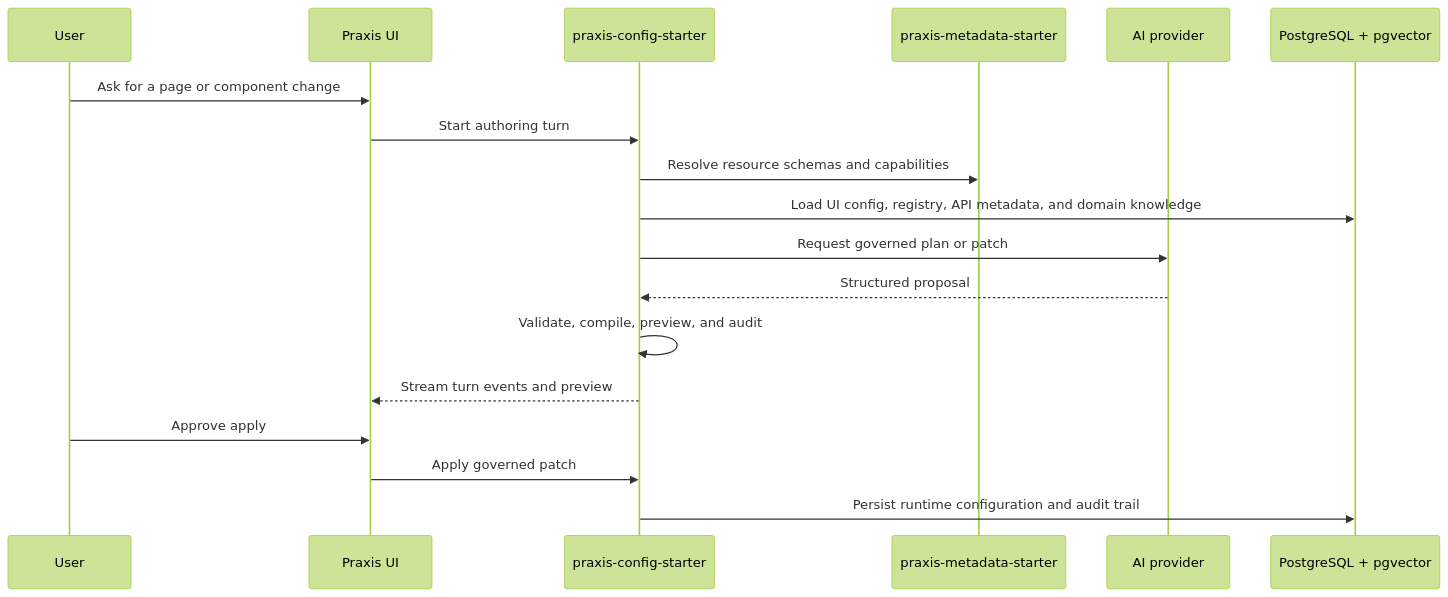
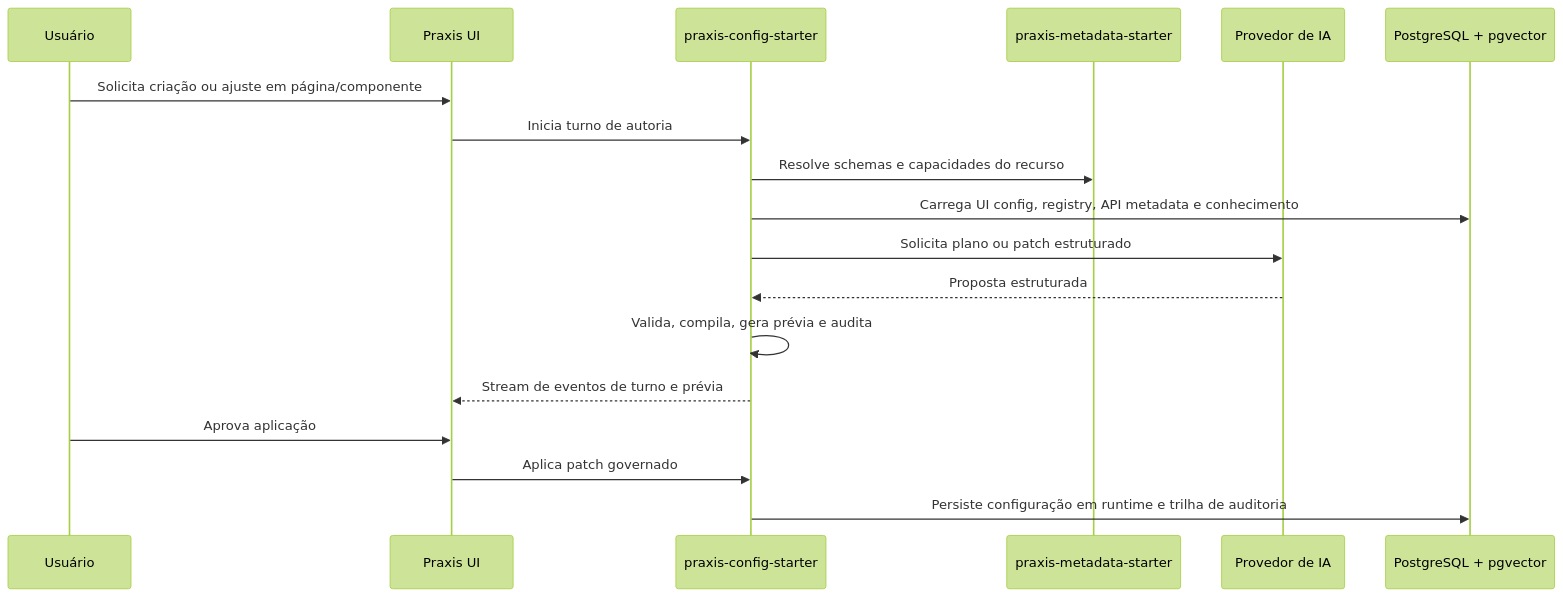
Before and after one commit to codexrodrigues/praxis-config-starter: the third of 3 diagrams in README.md, drawn with Mermaid (forest theme). The commit also changed other lines of this file and 51 other files, not shown here.

````diff
--- a/README.md
+++ b/README.md
@@ -139,21 +116,21 @@
 ```mermaid
 sequenceDiagram
-    participant User
+    participant User as Usuário
     participant UI as Praxis UI
     participant Config as praxis-config-starter
     participant Metadata as praxis-metadata-starter
-    participant AI as AI provider
+    participant AI as Provedor de IA
     participant DB as PostgreSQL + pgvector
 
-    User->>UI: Ask for a page or component change
-    UI->>Config: Start authoring turn
-    Config->>Metadata: Resolve resource schemas and capabilities
-    Config->>DB: Load UI config, registry, API metadata, and domain knowledge
-    Config->>AI: Request governed plan or patch
-    AI-->>Config: Structured proposal
-    Config->>Config: Validate, compile, preview, and audit
-    Config-->>UI: Stream turn events and preview
-    User->>UI: Approve apply
-    UI->>Config: Apply governed patch
-    Config->>DB: Persist runtime configuration and audit trail
+    User->>UI: Solicita criação ou ajuste em página/componente
+    UI->>Config: Inicia turno de autoria
+    Config->>Metadata: Resolve schemas e capacidades do recurso
+    Config->>DB: Carrega UI config, registry, API metadata e conhecimento
+    Config->>AI: Solicita plano ou patch estruturado
+    AI-->>Config: Proposta estruturada
+    Config->>Config: Valida, compila, gera prévia e audita
+    Config-->>UI: Stream de eventos de turno e prévia
+    User->>UI: Aprova aplicação
+    UI->>Config: Aplica patch governado
+    Config->>DB: Persiste configuração em runtime e trilha de auditoria
 ```
````
